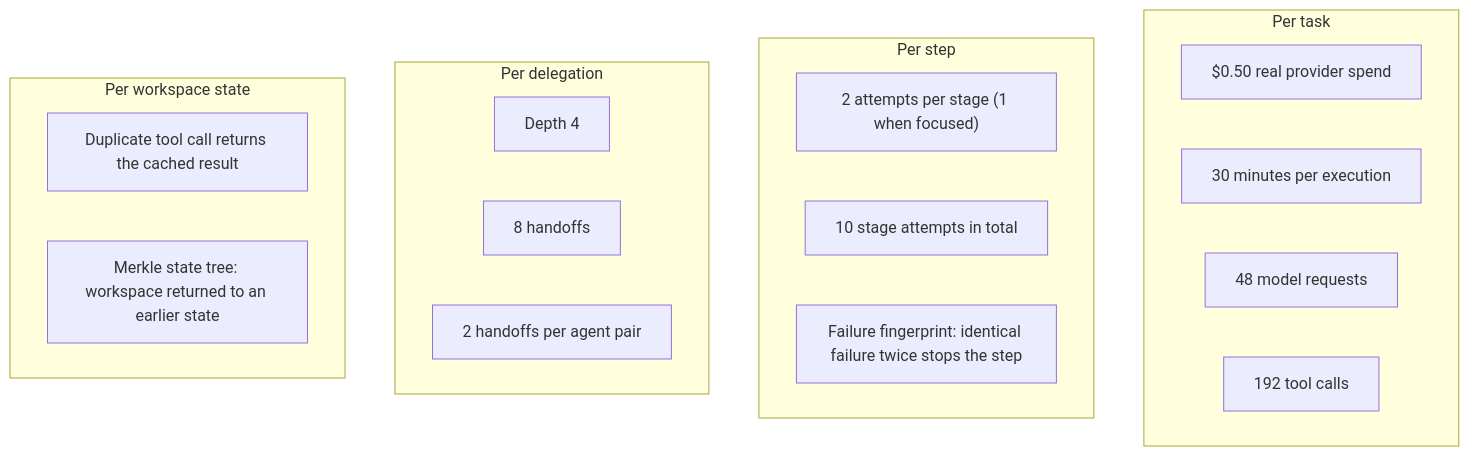
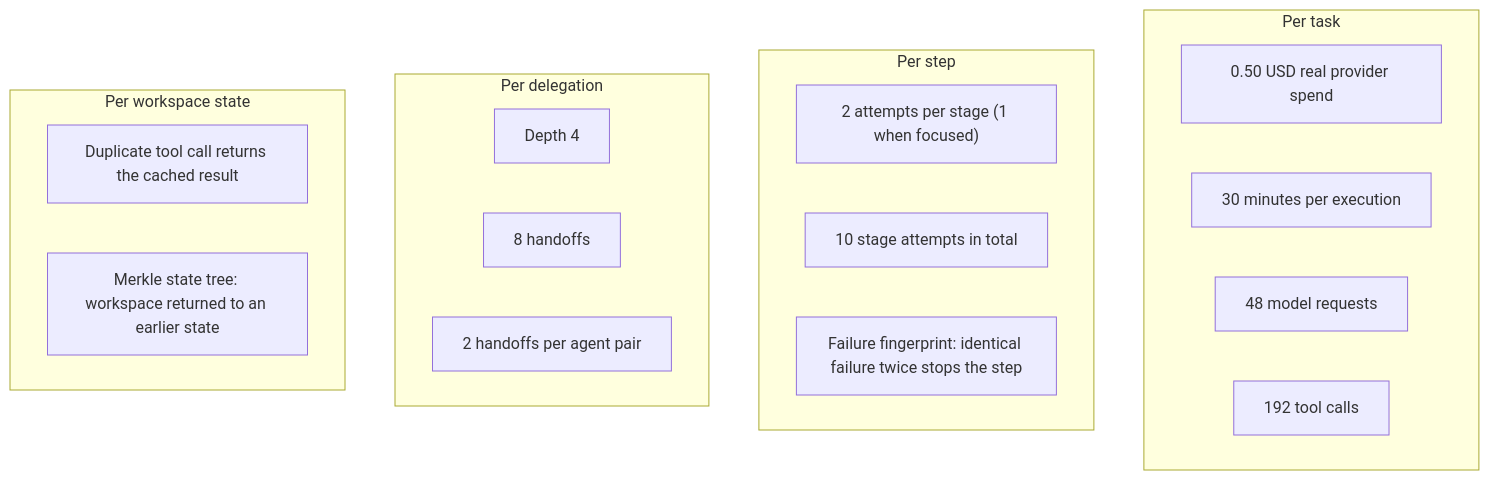
Before and after one commit to Singularityy0/AgentZero: the eighth of 10 diagrams in docs/MULTI_AGENT_ARCHITECTURE.md, drawn with Mermaid. The commit also changed other lines of this file, not shown here.

First line of the commit message:
fix(docs): correct Mermaid syntax and replace persistence stateDiagram with flowchart

````diff
--- a/docs/MULTI_AGENT_ARCHITECTURE.md
+++ b/docs/MULTI_AGENT_ARCHITECTURE.md
@@ -371,23 +371,23 @@
 ```mermaid
 flowchart TD
-    subgraph Task["Per task"]
-        C1["$0.50 real provider spend"]
+    subgraph Task ["Per task"]
+        C1["0.50 USD real provider spend"]
         C2["30 minutes per execution"]
         C3["48 model requests"]
         C4["192 tool calls"]
     end
-    subgraph Step["Per step"]
+    subgraph Step ["Per step"]
         S1["2 attempts per stage (1 when focused)"]
         S2["10 stage attempts in total"]
         S3["Failure fingerprint: identical failure twice stops the step"]
     end
-    subgraph Handoff["Per delegation"]
+    subgraph Handoff ["Per delegation"]
         H1["Depth 4"]
         H2["8 handoffs"]
         H3["2 handoffs per agent pair"]
     end
-    subgraph Loop["Per workspace state"]
+    subgraph Loop ["Per workspace state"]
         L1["Duplicate tool call returns the cached result"]
         L2["Merkle state tree: workspace returned to an earlier state"]
     end
 ```
````
